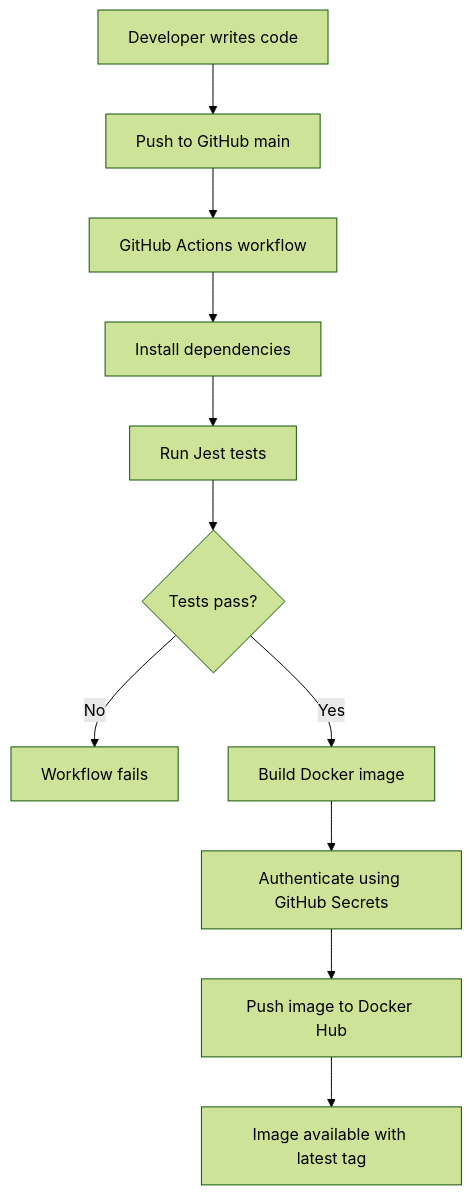
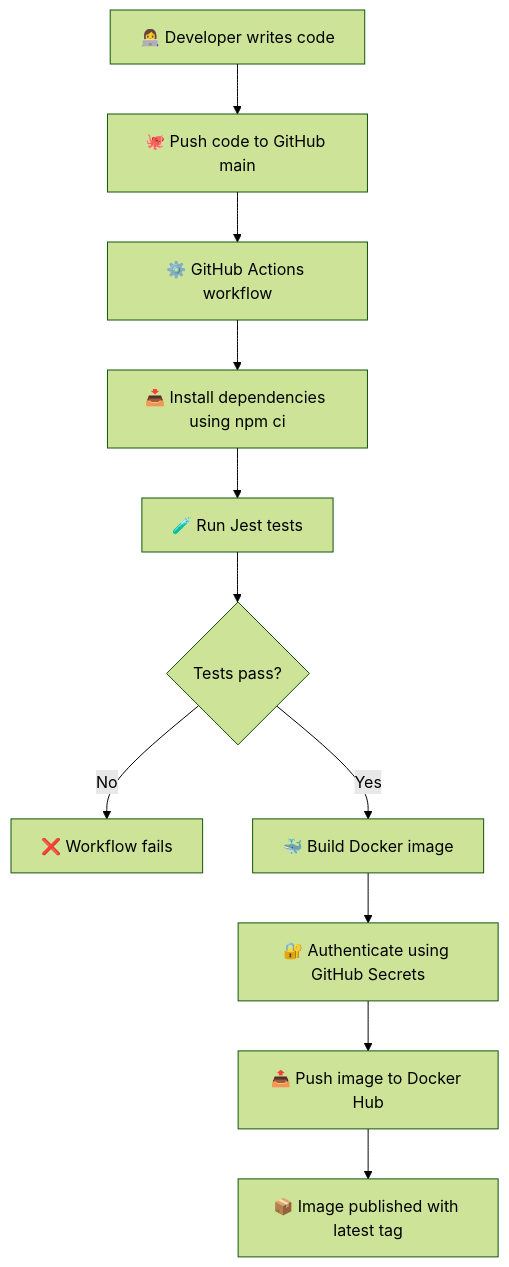
Before and after one commit to ruchi1792/nodejs-demo-app-Elevate-labs: the diagram in README.md, drawn with Mermaid (forest theme). The commit also changed other lines of this file, not shown here.

````diff
--- a/README.md
+++ b/README.md
@@ -30,13 +41,13 @@
 ```mermaid
 flowchart TD
-    A[Developer writes code] --> B[Push to GitHub main]
-    B --> C[GitHub Actions workflow]
-    C --> D[Install dependencies]
-    D --> E[Run Jest tests]
-    E --> F{Tests pass?}
-    F -- No --> G[Workflow fails]
-    F -- Yes --> H[Build Docker image]
-    H --> I[Authenticate using GitHub Secrets]
-    I --> J[Push image to Docker Hub]
-    J --> K[Image available with latest tag]
+    A["👩‍💻 Developer writes code"] --> B["🐙 Push code to GitHub main"]
+    B --> C["⚙️ GitHub Actions workflow"]
+    C --> D["📥 Install dependencies using npm ci"]
+    D --> E["🧪 Run Jest tests"]
+    E --> F{"Tests pass?"}
+    F -- No --> G["❌ Workflow fails"]
+    F -- Yes --> H["🐳 Build Docker image"]
+    H --> I["🔐 Authenticate using GitHub Secrets"]
+    I --> J["📤 Push image to Docker Hub"]
+    J --> K["📦 Image published with latest tag"]
 ```
````
